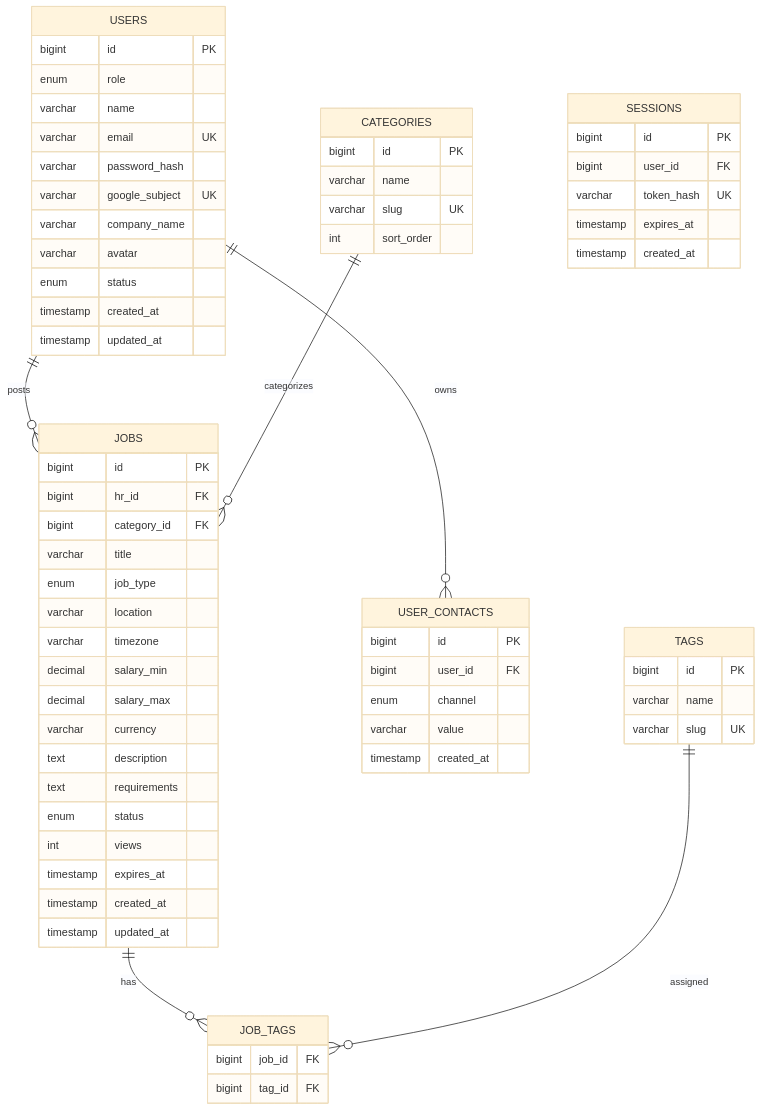
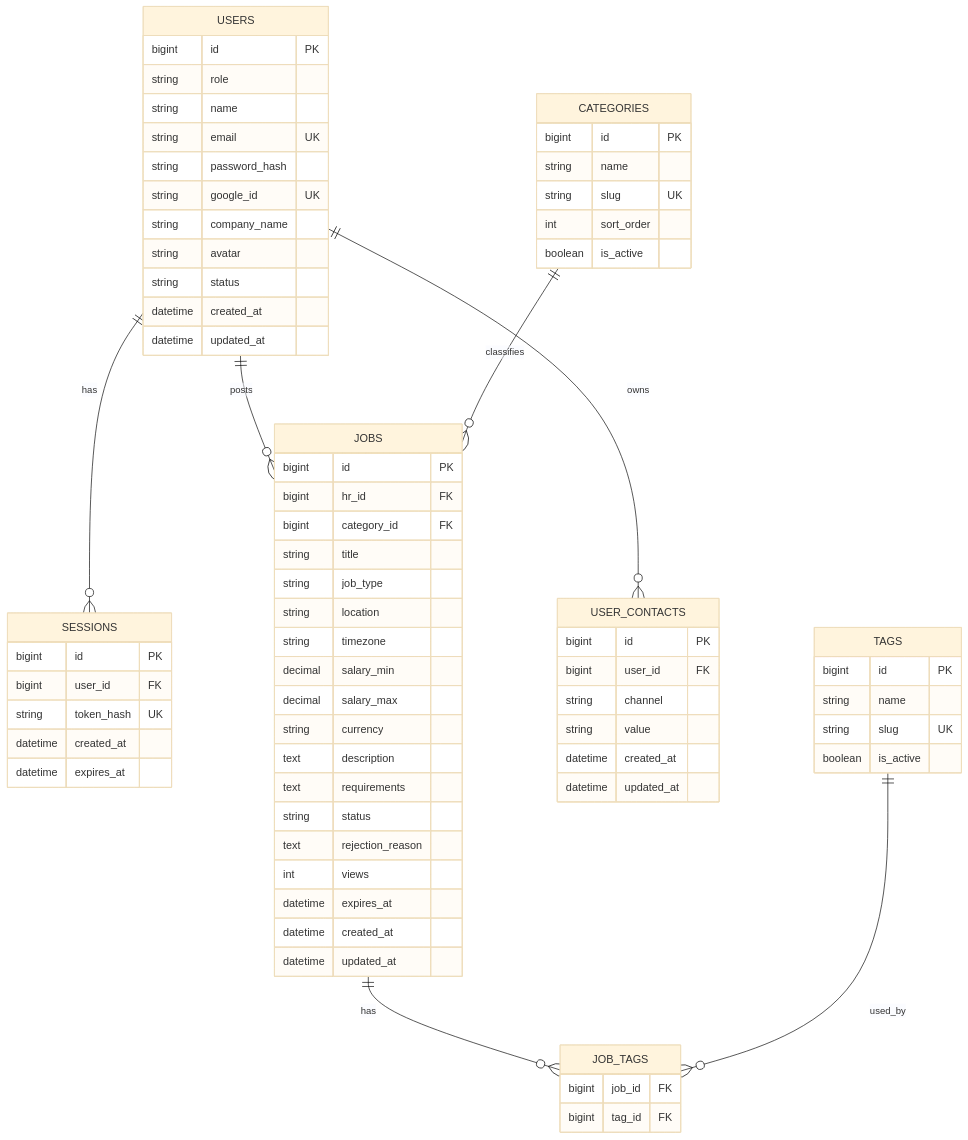
Before and after one commit to Nimwy/remote-it-job: the diagram in DATABASE_SCHEMA.md, drawn with Mermaid (base theme). The commit also changed other lines of this file and 28 other files, not shown here.

````diff
--- a/DATABASE_SCHEMA.md
+++ b/DATABASE_SCHEMA.md
@@ -5,76 +12,81 @@
 ```mermaid
 erDiagram
+    USERS ||--o{ SESSIONS : has
     USERS ||--o{ JOBS : posts
     USERS ||--o{ USER_CONTACTS : owns
-    CATEGORIES ||--o{ JOBS : categorizes
+    CATEGORIES ||--o{ JOBS : classifies
     JOBS ||--o{ JOB_TAGS : has
-    TAGS ||--o{ JOB_TAGS : assigned
+    TAGS ||--o{ JOB_TAGS : used_by
 
     USERS {
         bigint id PK
-        enum role
-        varchar name
-        varchar email UK
-        varchar password_hash
-        varchar google_subject UK
-        varchar company_name
-        varchar avatar
-        enum status
-        timestamp created_at
-        timestamp updated_at
+        string role
+        string name
+        string email UK
+        string password_hash
+        string google_id UK
+        string company_name
+        string avatar
+        string status
+        datetime created_at
+        datetime updated_at
+    }
+
+    SESSIONS {
+        bigint id PK
+        bigint user_id FK
+        string token_hash UK
+        datetime created_at
+        datetime expires_at
     }
 
     USER_CONTACTS {
         bigint id PK
         bigint user_id FK
-        enum channel
-        varchar value
-        timestamp created_at
+        string channel
+        string value
+        datetime created_at
+        datetime updated_at
     }
 
     CATEGORIES {
         bigint id PK
-        varchar name
-        varchar slug UK
+        string name
+        string slug UK
         int sort_order
+        boolean is_active
     }
 
     TAGS {
         bigint id PK
-        varchar name
-        varchar slug UK
+        string name
+        string slug UK
+        boolean is_active
     }
 
     JOBS {
         bigint id PK
         bigint hr_id FK
         bigint category_id FK
-        varchar title
-        enum job_type
-        varchar location
-        varchar timezone
+        string title
+        string job_type
+        string location
+        string timezone
         decimal salary_min
         decimal salary_max
-        varchar currency
+        string currency
         text description
         text requirements
-        enum status
+        string status
+        text rejection_reason
         int views
-        timestamp expires_at
-        timestamp created_at
-        timestamp updated_at
+        datetime expires_at
+        datetime created_at
+        datetime updated_at
     }
 
     JOB_TAGS {
         bigint job_id FK
         bigint tag_id FK
     }
-
-    SESSIONS {
-        bigint id PK
-        bigint user_id FK
-        varchar token_hash UK
-        timestamp expires_at
-        timestamp created_at
-    }
 ```
````
